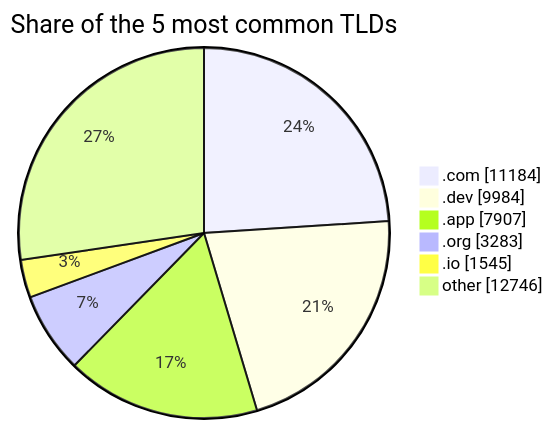
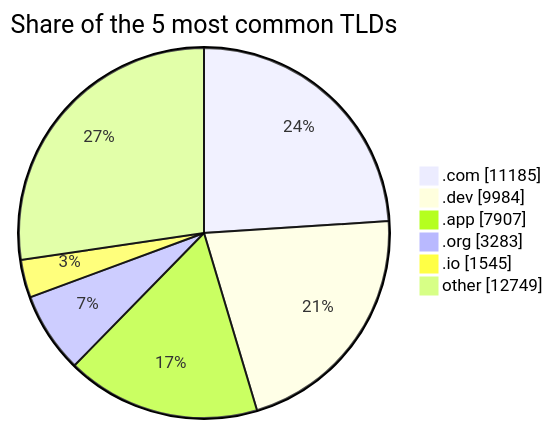
Before and after one commit to DNSBunker/CTI: the third of 3 diagrams in README.md, drawn with Mermaid. The commit also changed other lines of this file and 3 other files, not shown here.

````diff
--- a/README.md
+++ b/README.md
@@ -81,9 +81,9 @@
 ```mermaid
 pie showData title Share of the 5 most common TLDs
-    ".com" : 11184
+    ".com" : 11185
     ".dev" : 9984
     ".app" : 7907
     ".org" : 3283
     ".io" : 1545
-    "other" : 12746
+    "other" : 12749
 ```
````
